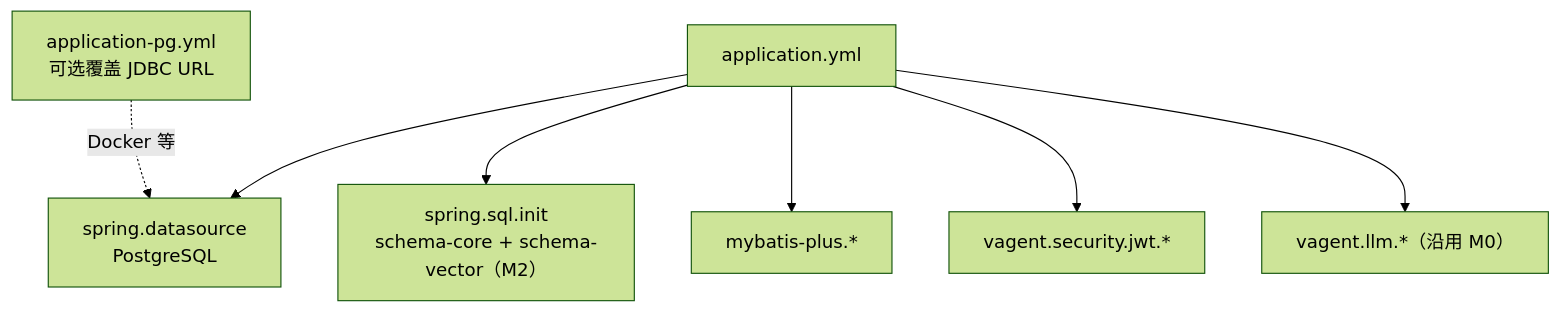
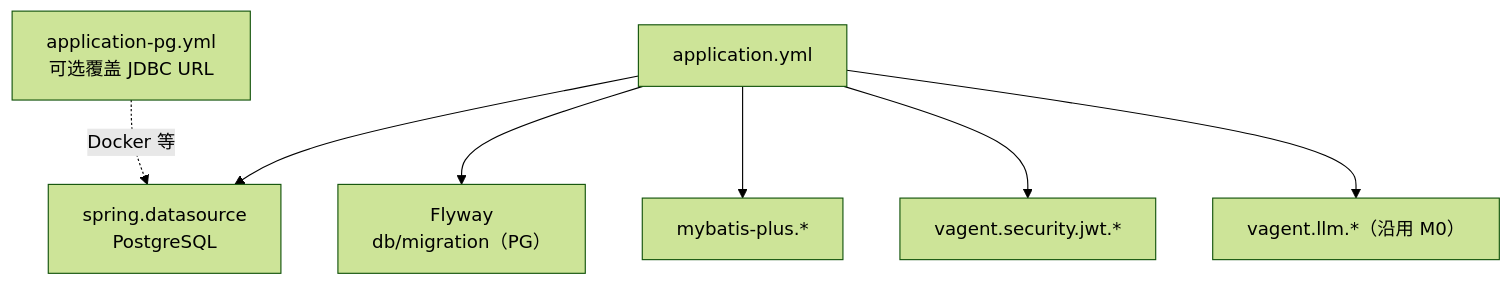
One commit to vulgar26/Vagent changed the second of 8 diagrams in docs/M1-实现说明.md. Above: the diagram before and after it, drawn with Mermaid (forest theme). The commit also changed other lines of this file and 9 other files, not shown here.

````diff
--- a/docs/M1-实现说明.md
+++ b/docs/M1-实现说明.md
@@ -98,9 +98,9 @@
 ```mermaid
 flowchart TD
     Y["application.yml"] --> DS["spring.datasource<br/>PostgreSQL"]
-    Y --> SQL["spring.sql.init<br/>schema-core + schema-vector（M2）"]
+    Y --> FW["Flyway<br/>db/migration（PG）"]
     Y --> MP["mybatis-plus.*"]
     Y --> JWT["vagent.security.jwt.*"]
     Y --> LLM["vagent.llm.*（沿用 M0）"]
     PG["application-pg.yml<br/>可选覆盖 JDBC URL"] -.->|"Docker 等"| DS
 ```
````
